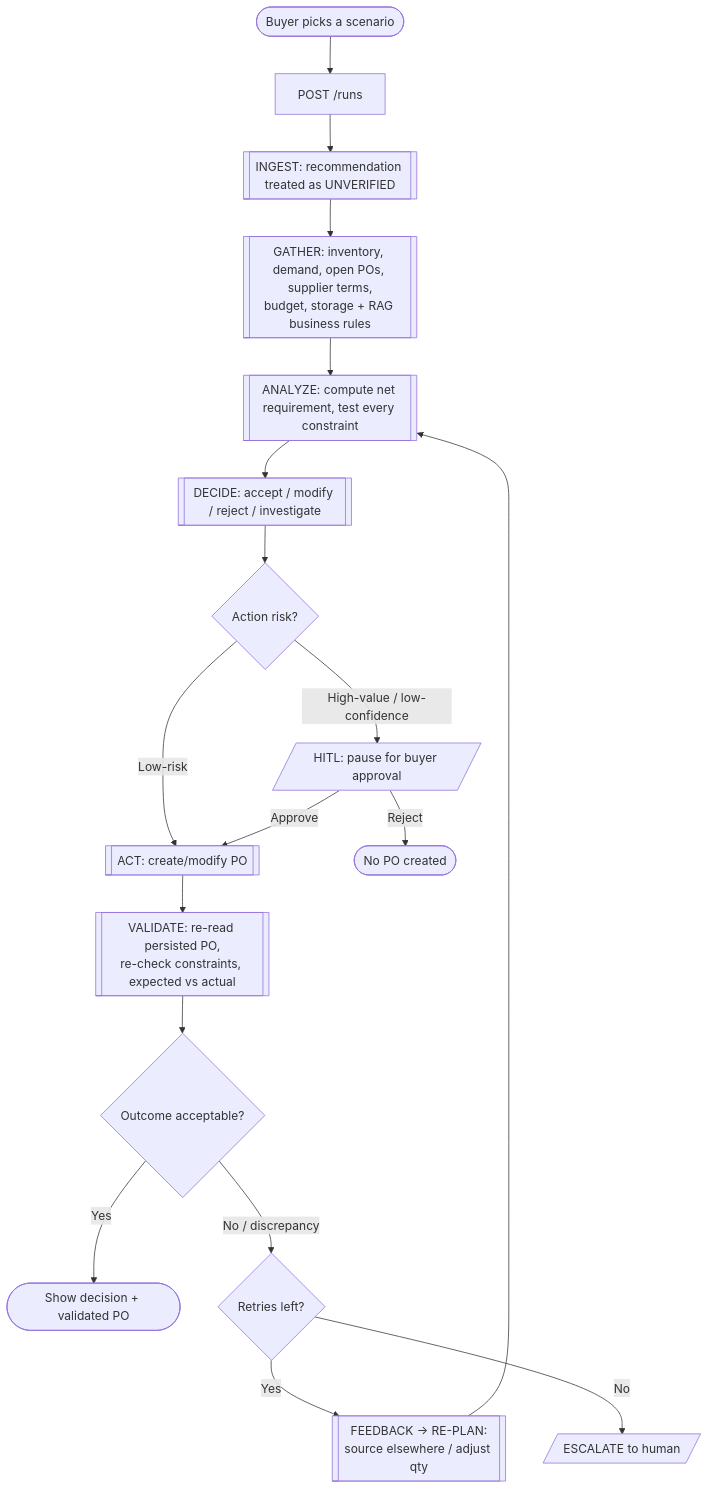
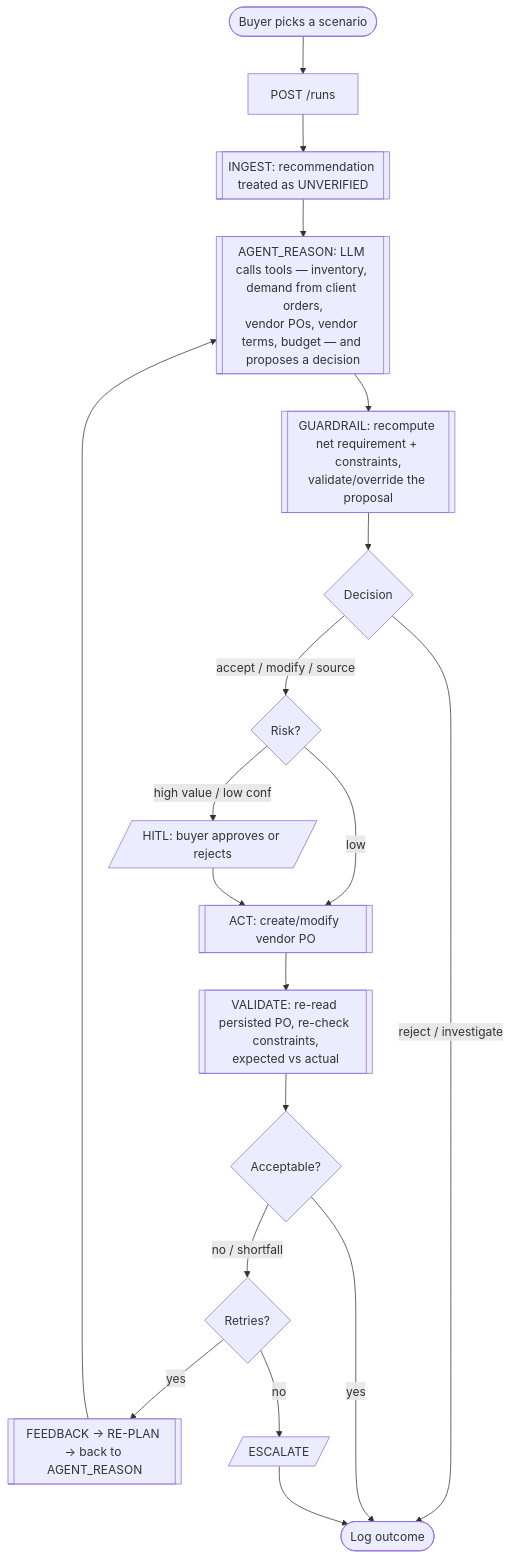
The second of 2 diagrams in README.md (D18hr-uv/buyit), drawn with Mermaid before and after one commit. The commit also changed other lines of this file and 31 other files, not shown here.

````diff
--- a/README.md
+++ b/README.md
@@ -108,20 +100,20 @@
 ```mermaid
 flowchart TD
     A([Buyer picks a scenario]) --> C[POST /runs]
     C --> D[[INGEST: recommendation treated as UNVERIFIED]]
-    D --> E[[GATHER: inventory, demand, open POs, supplier terms,<br/>budget, storage + RAG business rules]]
-    E --> F[[ANALYZE: compute net requirement, test every constraint]]
-    F --> H[[DECIDE: accept / modify / reject / investigate]]
-    H --> I{Action risk?}
-    I -- Low-risk --> K[[ACT: create/modify PO]]
-    I -- High-value / low-confidence --> J[/HITL: pause for buyer approval/]
-    J -- Approve --> K
-    J -- Reject --> N([No PO created])
-    K --> L[[VALIDATE: re-read persisted PO,<br/>re-check constraints, expected vs actual]]
-    L --> M{Outcome acceptable?}
-    M -- Yes --> N2([Show decision + validated PO])
-    M -- No / discrepancy --> O{Retries left?}
-    O -- Yes --> P[[FEEDBACK -> RE-PLAN:<br/>source elsewhere / adjust qty]]
-    P --> F
-    O -- No --> Q[/ESCALATE to human/]
+    D --> E[[AGENT_REASON: LLM calls tools — inventory, demand from client orders,\nvendor POs, vendor terms, budget — and proposes a decision]]
+    E --> F[[GUARDRAIL: recompute net requirement + constraints,\nvalidate/override the proposal]]
+    F --> G{Decision}
+    G -- reject / investigate --> Z([Log outcome])
+    G -- accept / modify / source --> H{Risk?}
+    H -- low --> K[[ACT: create/modify vendor PO]]
+    H -- high value / low conf --> J[/HITL: buyer approves or rejects/]
+    J --> K
+    K --> L[[VALIDATE: re-read persisted PO, re-check constraints,\nexpected vs actual]]
+    L --> M{Acceptable?}
+    M -- yes --> Z
+    M -- no / shortfall --> N{Retries?}
+    N -- yes --> P[[FEEDBACK → RE-PLAN → back to AGENT_REASON]]
+    P --> E
+    N -- no --> Q[/ESCALATE/] --> Z
 ```
````
